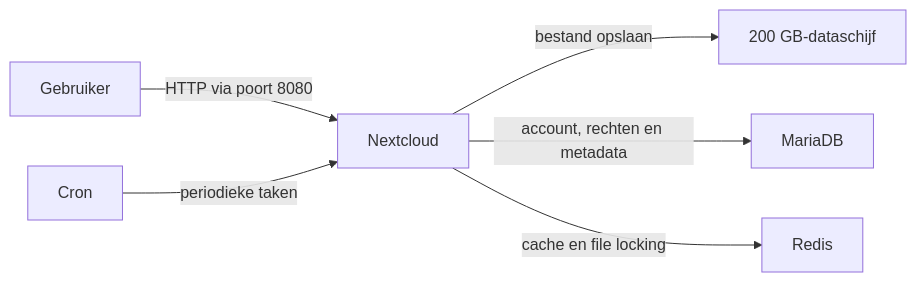
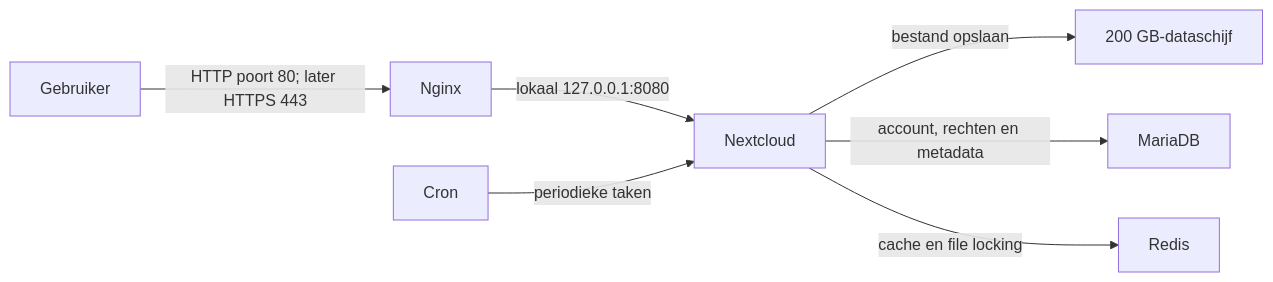
Before and after one commit to Maxime-00/StudentCloud: the first of 2 diagrams in docs/architecture.md, drawn with Mermaid. The commit also changed other lines of this file and 13 other files, not shown here.

````diff
--- a/docs/architecture.md
+++ b/docs/architecture.md
@@ -38,8 +41,9 @@
 ```mermaid
 flowchart LR
-    User[Gebruiker] -->|HTTP via poort 8080| Nextcloud[Nextcloud]
+    User[Gebruiker] -->|HTTP poort 80; later HTTPS 443| Nginx[Nginx]
+    Nginx -->|lokaal 127.0.0.1:8080| Nextcloud[Nextcloud]
     Nextcloud -->|bestand opslaan| Files[200 GB-dataschijf]
     Nextcloud -->|account, rechten en metadata| Database[MariaDB]
     Nextcloud -->|cache en file locking| Redis[Redis]
     Cron[Cron] -->|periodieke taken| Nextcloud
 ```
````
